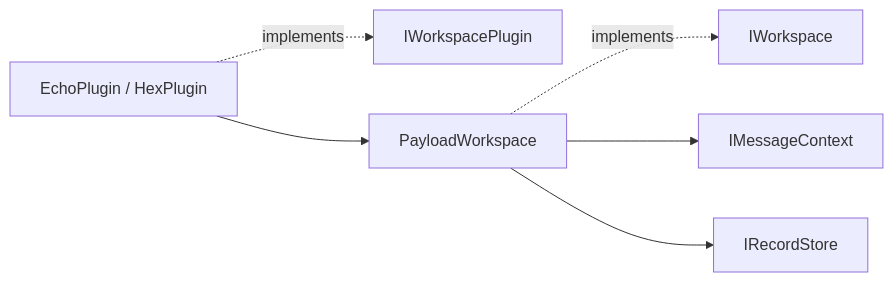
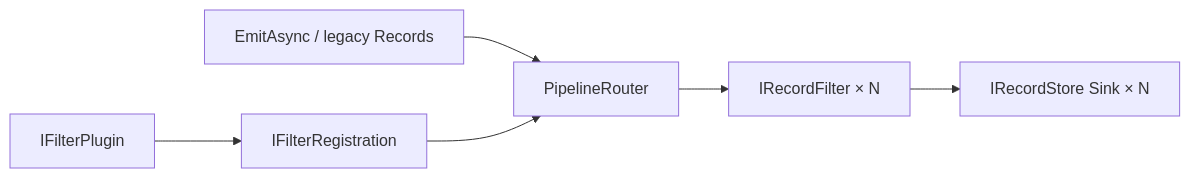
Before and after one commit to south-hive/project-dsn: the third of 6 diagrams in docs/05-component-design.md, drawn with Mermaid. The commit also changed other lines of this file and 69 other files, not shown here.

````diff
--- a/docs/05-component-design.md
+++ b/docs/05-component-design.md
@@ -84,8 +52,6 @@
 ```mermaid
 flowchart LR
-    F["EchoPlugin / HexPlugin"] -. "implements" .-> P["IWorkspacePlugin"]
-    F --> W["PayloadWorkspace"]
-    W -. "implements" .-> I["IWorkspace"]
-    W --> C["IMessageContext"]
-    W --> S["IRecordStore"]
+    E["EmitAsync / legacy Records"] --> R["PipelineRouter"]
+    R --> F["IRecordFilter × N"] --> S["IRecordStore Sink × N"]
+    P["IFilterPlugin"] --> G["IFilterRegistration"] --> R
 ```
````
